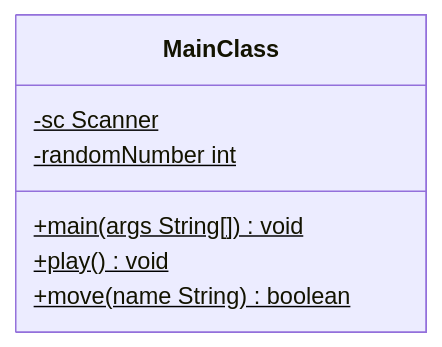
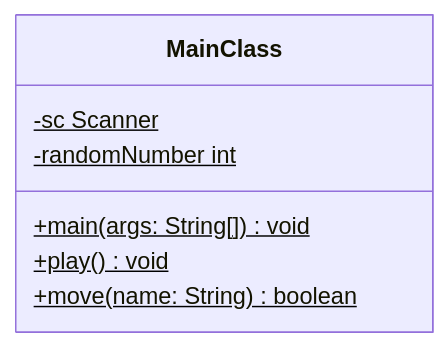
One commit to jappuccini/java-docs changed the first of 4 diagrams in docs/exercises/uml/activity-diagrams01.mdx. Above: the diagram before and after it, drawn with Mermaid. The commit also changed 76 other files, not shown here.

Commit message:
uml fixes (colons, properties), headline fixes (italic) and exam result updates

````diff
--- a/docs/exercises/uml/activity-diagrams01.mdx
+++ b/docs/exercises/uml/activity-diagrams01.mdx
@@ -13,10 +13,10 @@
 ```mermaid
 classDiagram
     class MainClass {
         -sc Scanner$
         -randomNumber int$
-        +main(args String[])$ void
+        +main(args: String[])$ void
         +play()$ void
-        +move(name String)$ boolean
+        +move(name: String)$ boolean
     }
 ```
````
